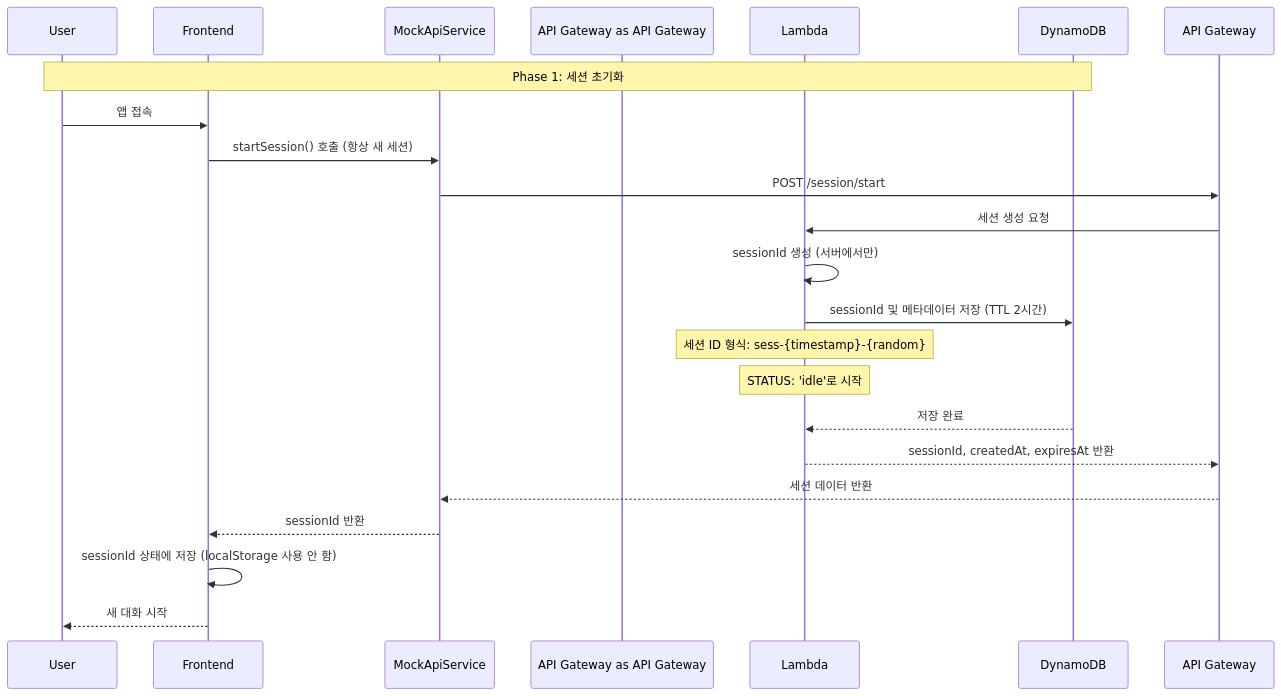
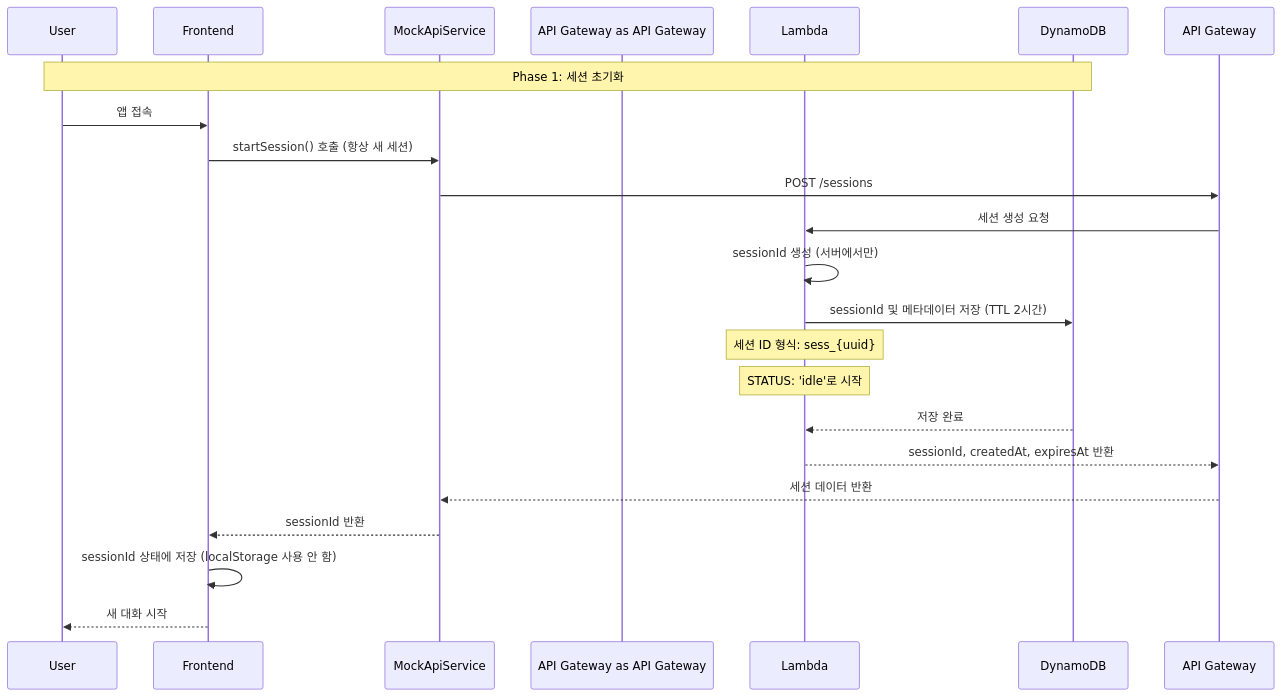
One commit to awsqhackathonXddeokssang/team21-aws-hackathon changed the diagram in docs/integration/sequences/PHASE1_INITIALIZATION.md. Above: the diagram before and after it, drawn with Mermaid. The commit also changed other lines of this file and 3 other files, not shown here.

Commit message:
Integrate real AWS API Gateway for session creation

````diff
--- a/docs/integration/sequences/PHASE1_INITIALIZATION.md
+++ b/docs/integration/sequences/PHASE1_INITIALIZATION.md
@@ -8,28 +8,28 @@
 ```mermaid
 sequenceDiagram
     participant User
     participant Frontend
     participant MockApiService
     participant API Gateway as API Gateway
     participant Lambda
     participant DynamoDB
 
     Note over User, DynamoDB: Phase 1: 세션 초기화
 
     User->>Frontend: 앱 접속
     Frontend->>MockApiService: startSession() 호출 (항상 새 세션)
-    MockApiService->>API Gateway: POST /session/start
+    MockApiService->>API Gateway: POST /sessions
     API Gateway->>Lambda: 세션 생성 요청
     Lambda->>Lambda: sessionId 생성 (서버에서만)
     Lambda->>DynamoDB: sessionId 및 메타데이터 저장 (TTL 2시간)
     
-    Note over Lambda: 세션 ID 형식: sess-{timestamp}-{random}
+    Note over Lambda: 세션 ID 형식: sess_{uuid}
     Note over Lambda: STATUS: 'idle'로 시작
     
     DynamoDB-->>Lambda: 저장 완료
     Lambda-->>API Gateway: sessionId, createdAt, expiresAt 반환
     API Gateway-->>MockApiService: 세션 데이터 반환
     MockApiService-->>Frontend: sessionId 반환
     Frontend->>Frontend: sessionId 상태에 저장 (localStorage 사용 안 함)
     Frontend-->>User: 새 대화 시작
 ```
````
